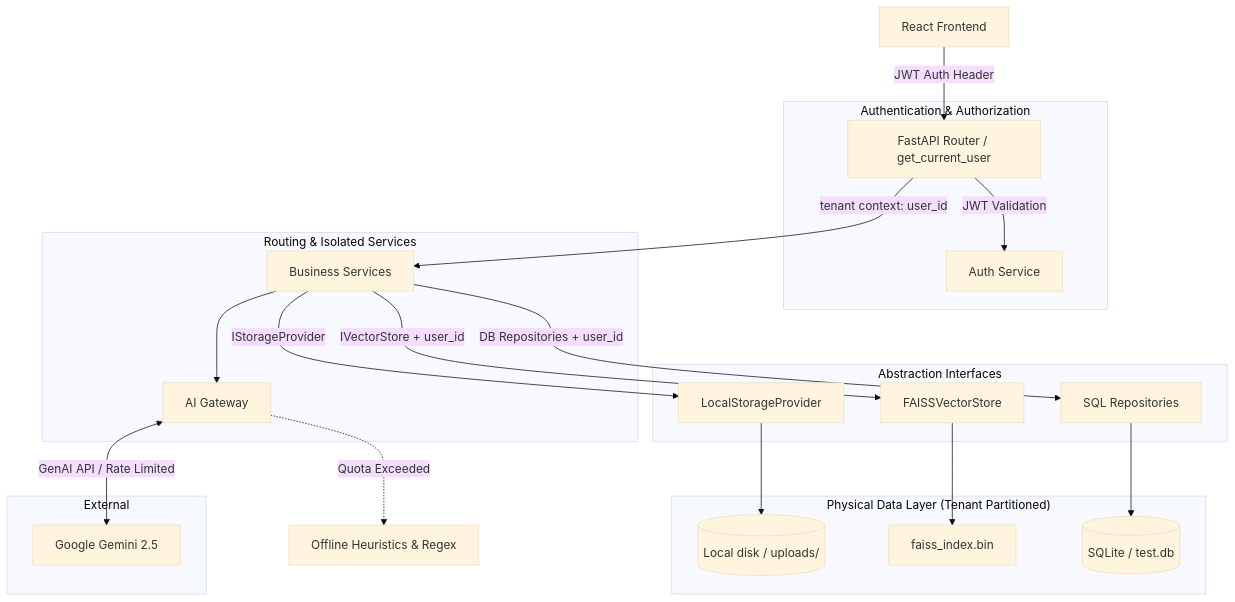
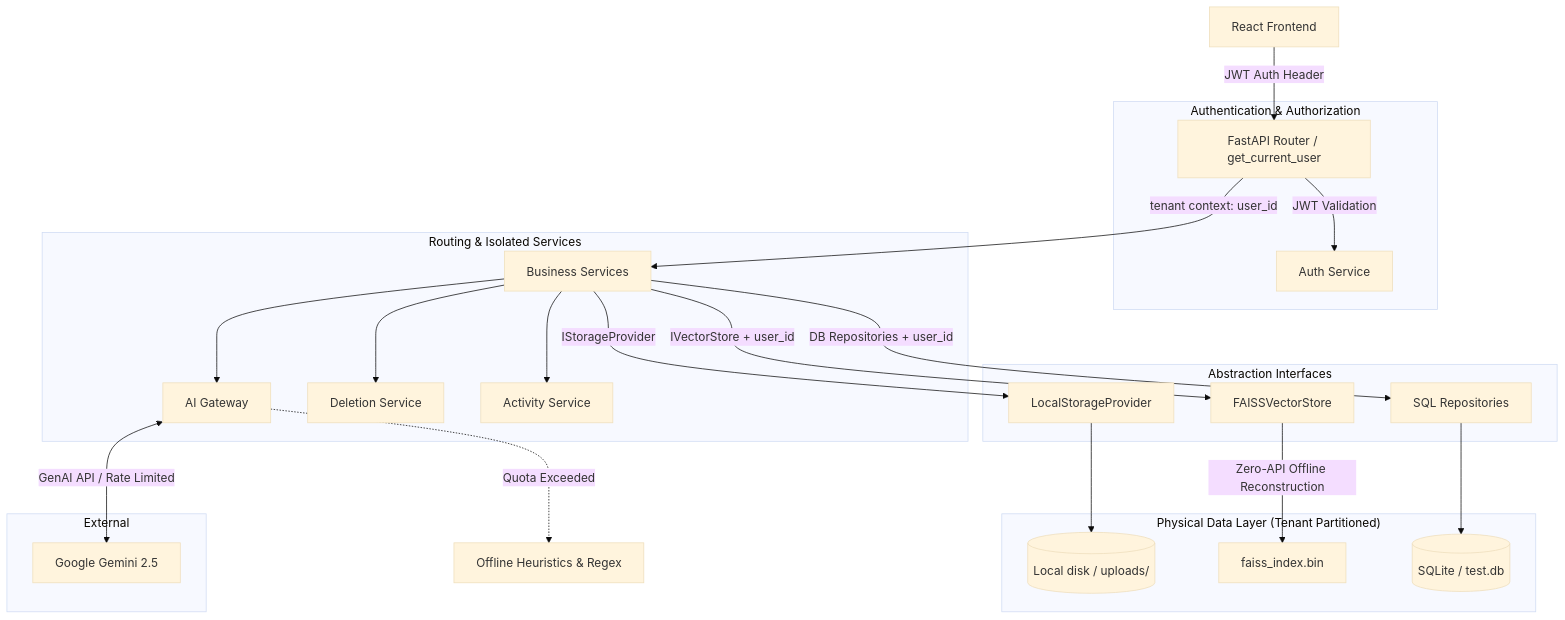
One commit to Sriman-69/ClauseIQ changed the diagram in README.md. Above: the diagram before and after it, drawn with Mermaid (base theme).

````diff
--- a/README.md
+++ b/README.md
@@ -57,32 +57,34 @@
 ```mermaid
 graph TD;
     Client[React Frontend] -->|JWT Auth Header| API[FastAPI Router / get_current_user]
     
     subgraph "Authentication & Authorization"
         API -->|JWT Validation| AuthContext[Auth Service]
     end
 
     subgraph "Routing & Isolated Services"
         API -->|tenant context: user_id| Services[Business Services]
         Services --> AIService[AI Gateway]
+        Services --> DeletionService[Deletion Service]
+        Services --> ActivityService[Activity Service]
     end
 
     subgraph "Abstraction Interfaces"
         Services -->|IStorageProvider| Storage[LocalStorageProvider]
         Services -->|IVectorStore + user_id| Vectors[FAISSVectorStore]
         Services -->|DB Repositories + user_id| Repos[SQL Repositories]
     end
 
     subgraph "Physical Data Layer (Tenant Partitioned)"
         Storage --> Disk[(Local disk / uploads/)]
-        Vectors --> FAISSIndex["faiss_index.bin"]
+        Vectors -->|Zero-API Offline Reconstruction| FAISSIndex["faiss_index.bin"]
         Repos --> SQLiteDB[(SQLite / test.db)]
     end
 
     subgraph "External"
         AIService <-->|GenAI API / Rate Limited| Gemini[Google Gemini 2.5]
     end
 
     %% Fallback Logic
     AIService -.->|Quota Exceeded| Fallbacks[Offline Heuristics & Regex]
 ```
````
